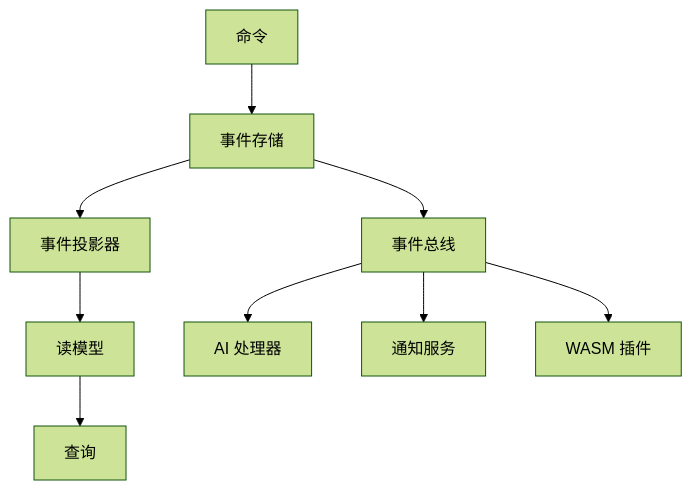
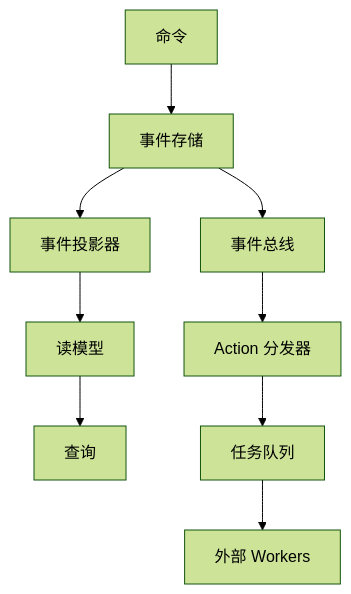
Before and after one commit to atomo-cc/atomo: the diagram in README.zh-CN.md, drawn with Mermaid (forest theme). The commit also changed other lines of this file and 32 other files, not shown here.

First line of the commit message:
feat: implement Phase 1 action system and replace WASM docs with actions/workers

````diff
--- a/README.zh-CN.md
+++ b/README.zh-CN.md
@@ -120,12 +120,12 @@
 ```mermaid
 graph TD
     A[命令] --> B[事件存储]
     B --> C[事件投影器]
     C --> D[读模型]
     D --> E[查询]
 
     B --> F[事件总线]
-    F --> G[AI 处理器]
-    F --> H[通知服务]
-    F --> I[WASM 插件]
+    F --> G[Action 分发器]
+    G --> H[任务队列]
+    H --> I[外部 Workers]
 ```
````
